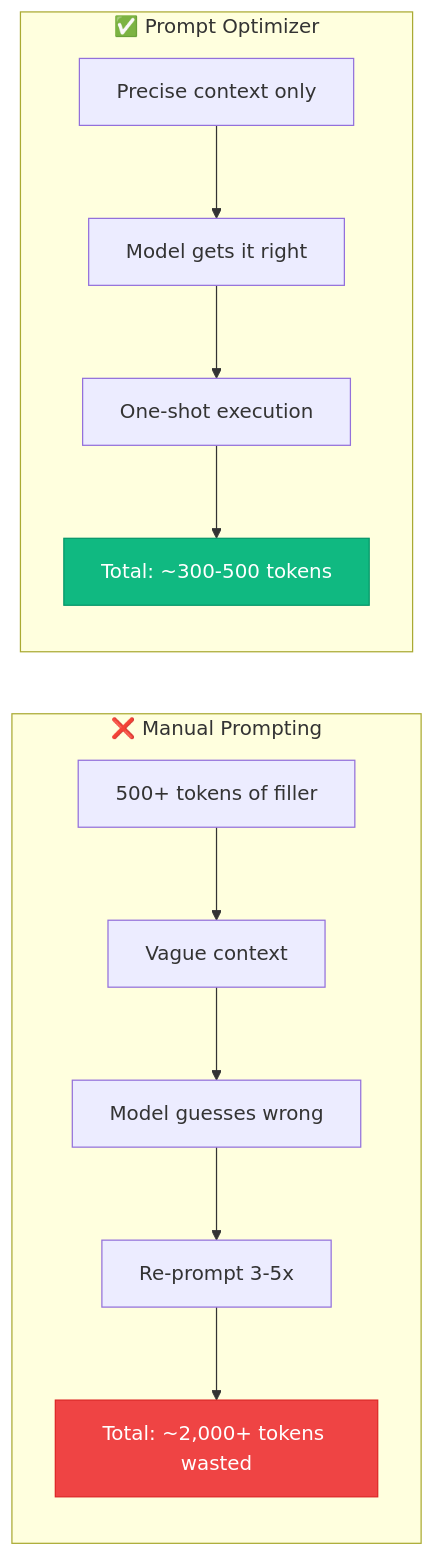
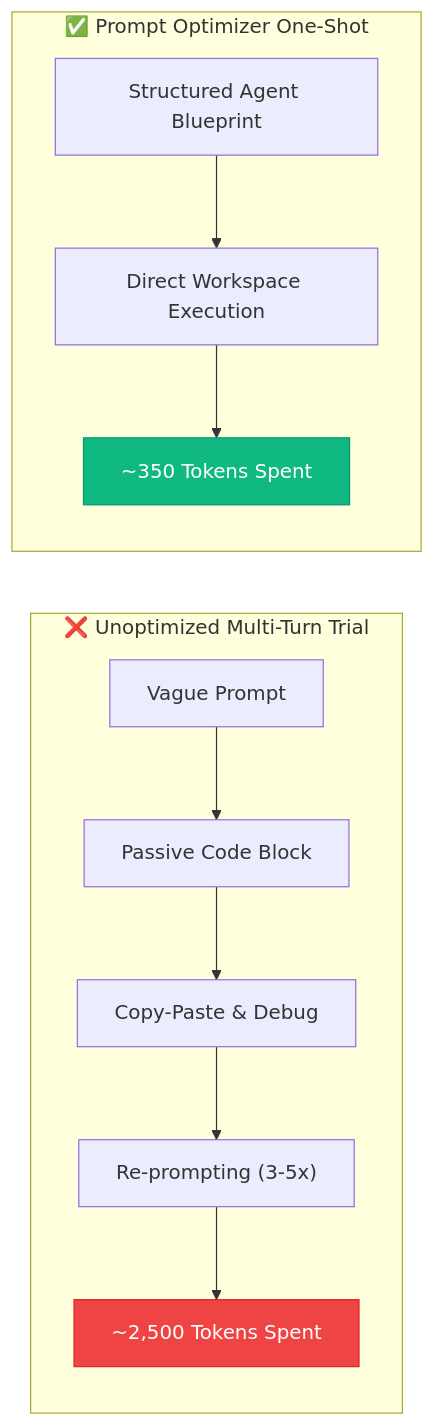
Before and after one commit to mhammed2008/prompt-optimizer: the second of 3 diagrams in README.md, drawn with Mermaid. The commit also changed other lines of this file, not shown here.

````diff
--- a/README.md
+++ b/README.md
@@ -200,15 +108,17 @@
 ```mermaid
 graph LR
-    subgraph "❌ Manual Prompting"
-        M1["500+ tokens of filler"] --> M2["Vague context"] --> M3["Model guesses wrong"] --> M4["Re-prompt 3-5x"]
-        M4 --> M5["Total: ~2,000+ tokens wasted"]
+    subgraph "❌ Unoptimized Multi-Turn Trial"
+        M1["Vague Prompt"] --> M2["Passive Code Block"]
+        M2 --> M3["Copy-Paste & Debug"]
+        M3 --> M4["Re-prompting (3-5x)"]
+        M4 --> M5["~2,500 Tokens Spent"]
     end
 
-    subgraph "✅ Prompt Optimizer"
-        P1["Precise context only"] --> P2["Model gets it right"] --> P3["One-shot execution"]
-        P3 --> P4["Total: ~300-500 tokens"]
+    subgraph "✅ Prompt Optimizer One-Shot"
+        P1["Structured Agent Blueprint"] --> P2["Direct Workspace Execution"]
+        P2 --> P3["~350 Tokens Spent"]
     end
 
     style M5 fill:#ef4444,stroke:#dc2626,color:#fff
-    style P4 fill:#10b981,stroke:#059669,color:#fff
+    style P3 fill:#10b981,stroke:#059669,color:#fff
 ```
````
